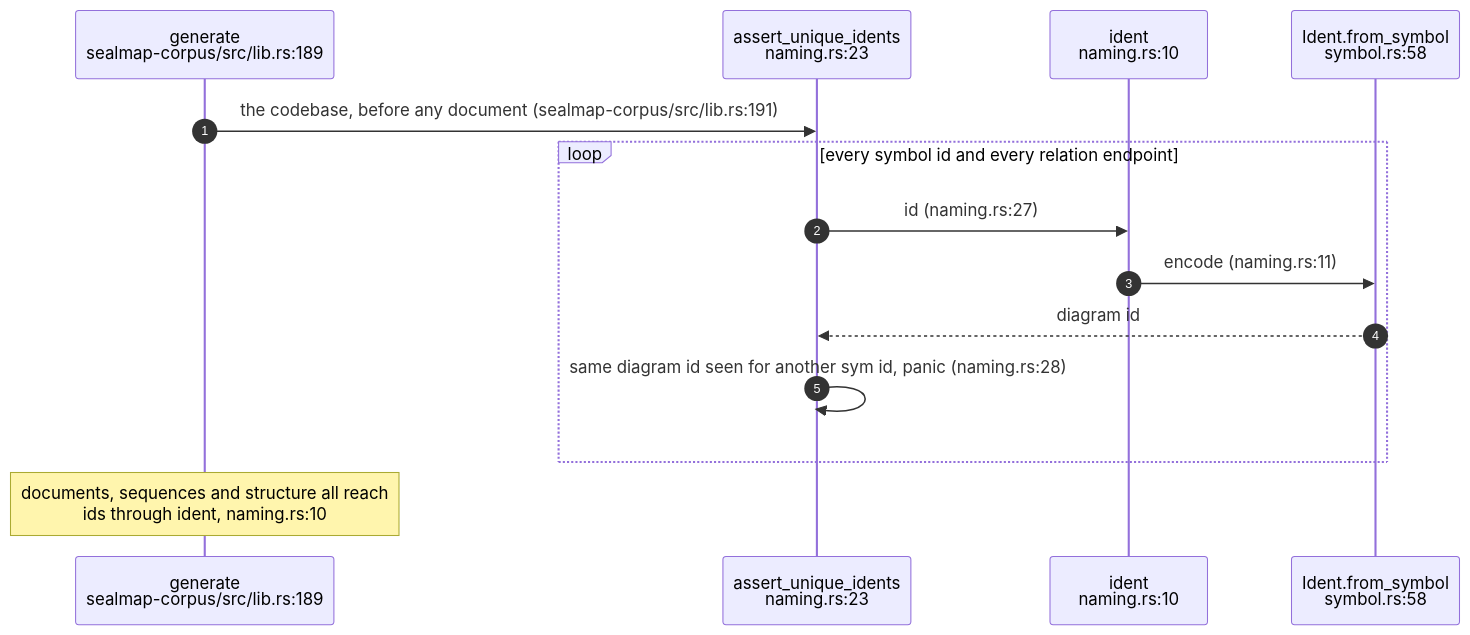
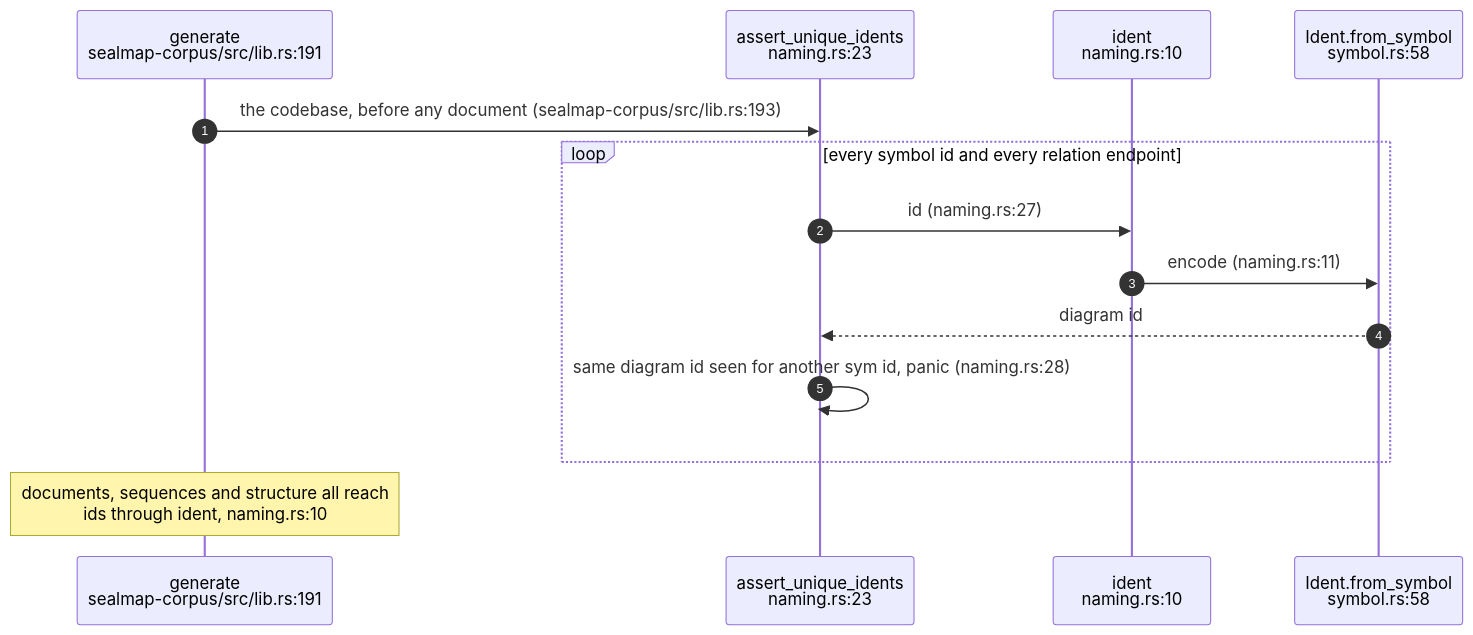
Before and after one commit to DreamLab-AI/codemaid: the third of 5 diagrams in docs/diagrams/mermaid/02-injective-diagram-ids.md, drawn with Mermaid. The commit also changed other lines of this file and 23 other files, not shown here.

````diff
--- a/docs/diagrams/mermaid/02-injective-diagram-ids.md
+++ b/docs/diagrams/mermaid/02-injective-diagram-ids.md
@@ -112,16 +112,16 @@
 ```mermaid
 sequenceDiagram
     autonumber
-    participant GE as generate<br/>sealmap-corpus/src/lib.rs:189
+    participant GE as generate<br/>sealmap-corpus/src/lib.rs:191
     participant AU as assert_unique_idents<br/>naming.rs:23
     participant IDT as ident<br/>naming.rs:10
     participant FS as Ident.from_symbol<br/>symbol.rs:58
-    GE->>AU: the codebase, before any document (sealmap-corpus/src/lib.rs:191)
+    GE->>AU: the codebase, before any document (sealmap-corpus/src/lib.rs:193)
     loop every symbol id and every relation endpoint
         AU->>IDT: id (naming.rs:27)
         IDT->>FS: encode (naming.rs:11)
         FS-->>AU: diagram id
         AU->>AU: same diagram id seen for another sym id, panic (naming.rs:28)
     end
     Note over GE: documents, sequences and structure all reach<br/>ids through ident, naming.rs:10
 ```
````
